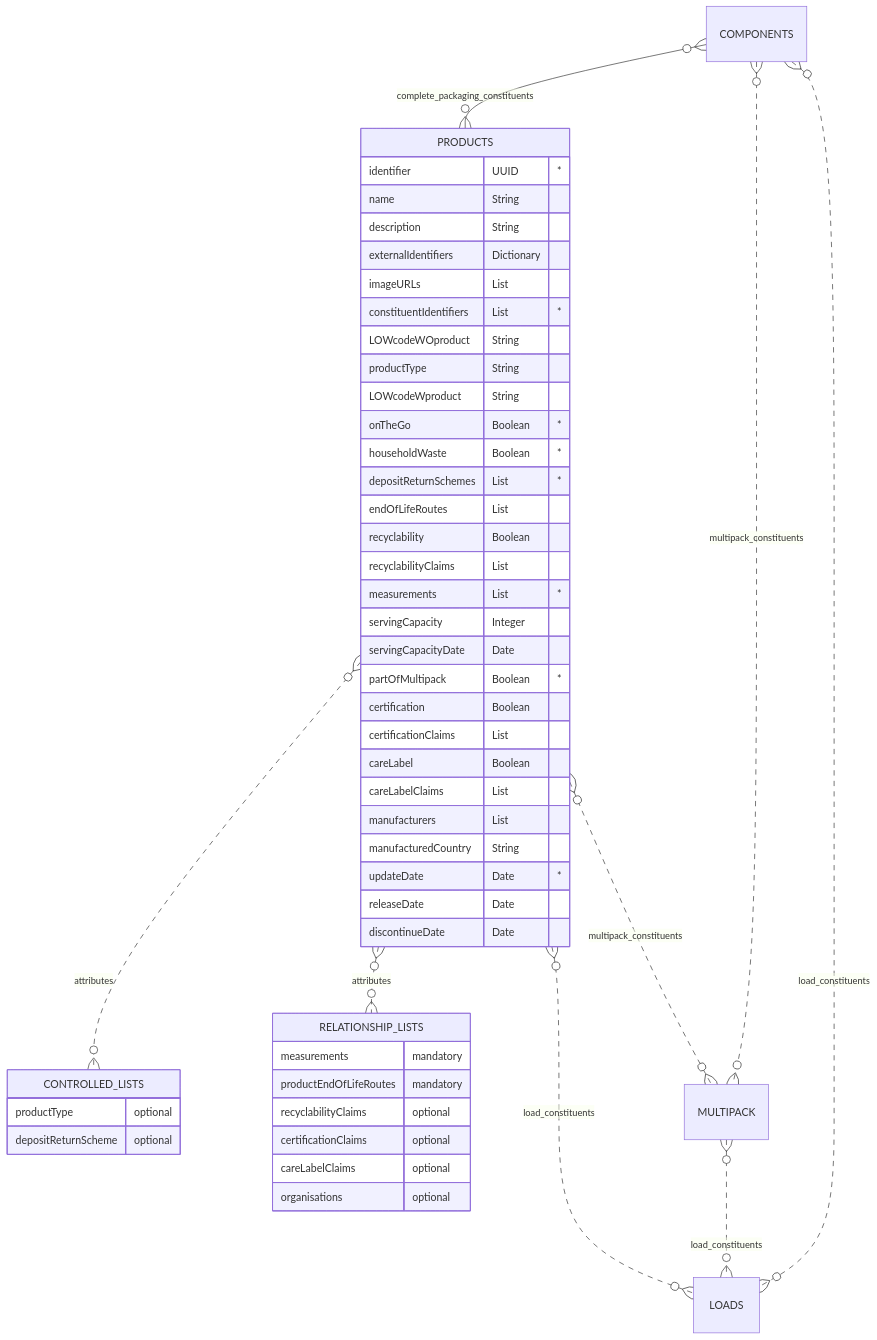
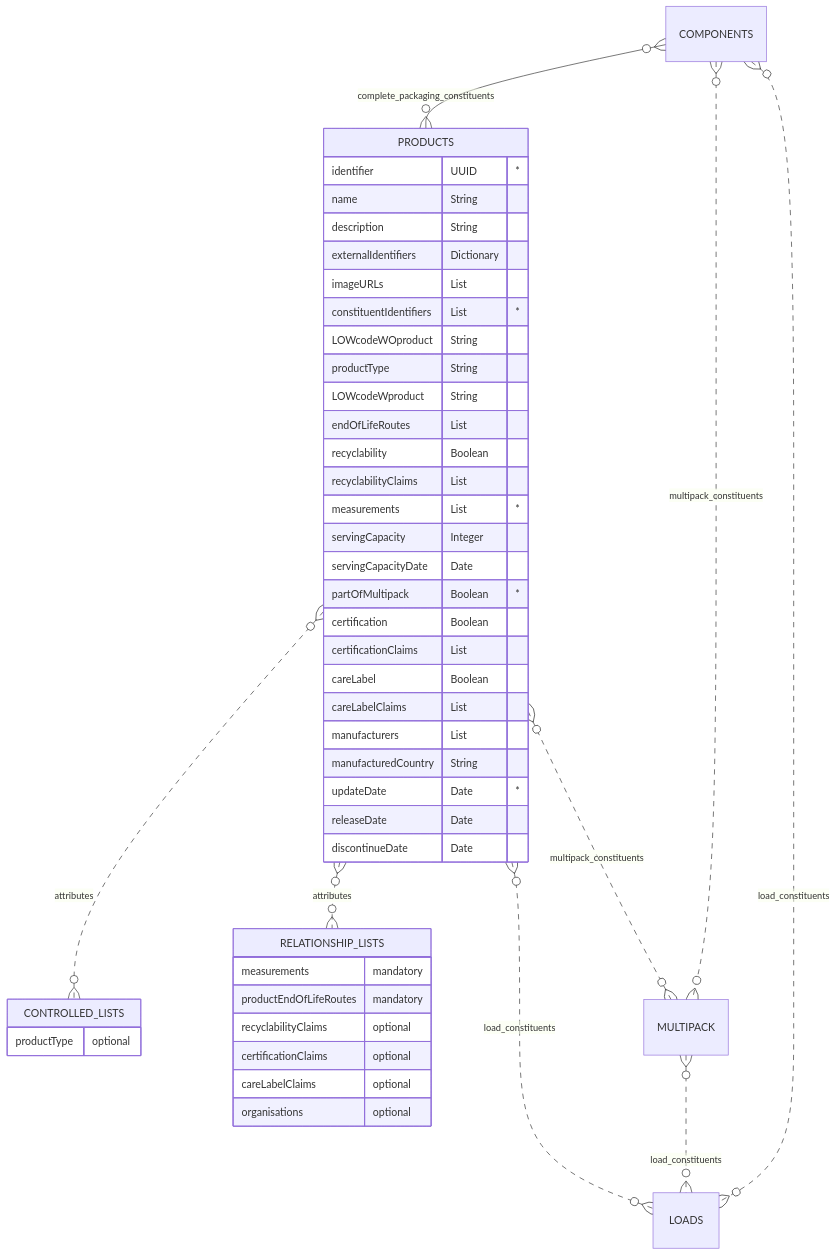
One commit to OpenDataManchester/OSTFD changed the diagram in docs/schema/fashion-and-textile-products.md. Above: the diagram before and after it, drawn with Mermaid. The commit also changed other lines of this file and 7 other files, not shown here.

````diff
--- a/docs/schema/fashion-and-textile-products.md
+++ b/docs/schema/fashion-and-textile-products.md
@@ -50,53 +45,49 @@
 ``` mermaid
 erDiagram
 COMPONENTS }o--o{ PRODUCTS : complete_packaging_constituents
   PRODUCTS {
     identifier UUID "*"
     name String
     description String
     externalIdentifiers Dictionary
     imageURLs List
     constituentIdentifiers List "*"
     LOWcodeWOproduct String
     productType String
     LOWcodeWproduct String
-    onTheGo Boolean "*"
-    householdWaste Boolean "*"
-    depositReturnSchemes List "*"
     endOfLifeRoutes List
     recyclability Boolean
     recyclabilityClaims List
     measurements List "*"
     servingCapacity Integer
     servingCapacityDate Date
     partOfMultipack Boolean "*"
     certification Boolean
     certificationClaims List
     careLabel Boolean
     careLabelClaims List
     manufacturers List
     manufacturedCountry String
     updateDate Date "*"
     releaseDate Date
     discontinueDate Date
   }
   PRODUCTS }o..o{ CONTROLLED_LISTS : attributes
   PRODUCTS }O..O{ RELATIONSHIP_LISTS : attributes
   PRODUCTS }o..o{ MULTIPACK : multipack_constituents
   COMPONENTS }o..o{ MULTIPACK : multipack_constituents
   PRODUCTS }o..o{ LOADS : load_constituents
   MULTIPACK }o..o{ LOADS : load_constituents
   COMPONENTS }o..o{ LOADS : load_constituents
       CONTROLLED_LISTS {
       productType optional
-      depositReturnScheme optional
     }
     RELATIONSHIP_LISTS {
       measurements mandatory
       productEndOfLifeRoutes mandatory
       recyclabilityClaims optional
       certificationClaims optional
       careLabelClaims optional
       organisations optional
     }
 ```
````
